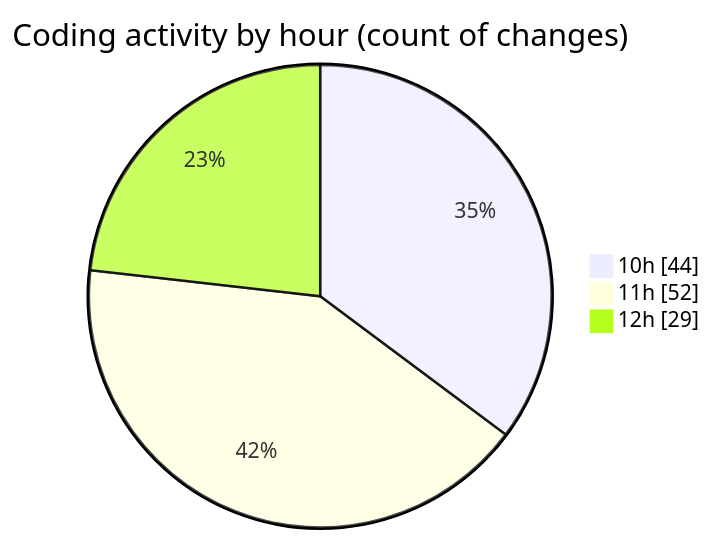
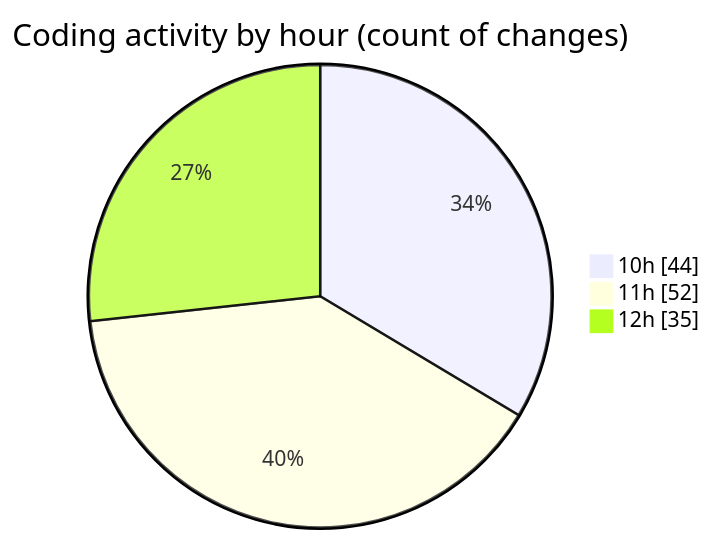
Before and after one commit to momahboobian/code-tracking: the second of 2 diagrams in 2025-08-28/cda/README.md, drawn with Mermaid. The commit also changed other lines of this file and 1 other file, not shown here.

````diff
--- a/2025-08-28/cda/README.md
+++ b/2025-08-28/cda/README.md
@@ -34,7 +34,7 @@
 ```mermaid
 pie showData
 title Coding activity by hour (count of changes)
 "10h" : 44
 "11h" : 52
-"12h" : 29
+"12h" : 35
 ```
````
